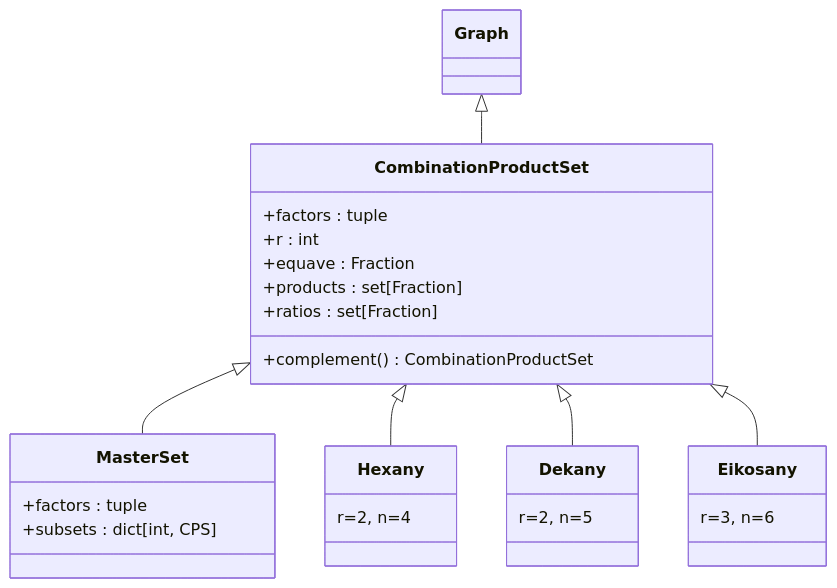
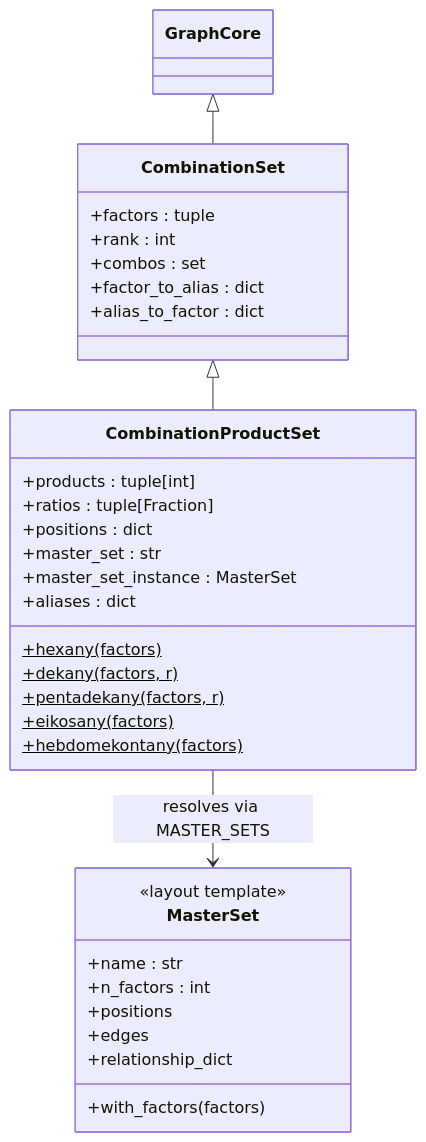
One commit to kr4g/Klotho changed the fourth of 5 diagrams in docs/architecture/03_TONOS.md. Above: the diagram before and after it, drawn with Mermaid. The commit also changed other lines of this file and 13 other files, not shown here.

First line of the commit message:
Overhaul architecture docs for Klotho 10.x API

````diff
--- a/docs/architecture/03_TONOS.md
+++ b/docs/architecture/03_TONOS.md
@@ -288,27 +326,39 @@
 ```mermaid
 classDiagram
-    Graph <|-- CombinationProductSet
-    CombinationProductSet <|-- MasterSet
+    GraphCore <|-- CombinationSet
+    CombinationSet <|-- CombinationProductSet
+
+    class CombinationSet {
+        +factors : tuple
+        +rank : int
+        +combos : set
+        +factor_to_alias : dict
+        +alias_to_factor : dict
+    }
 
     class CombinationProductSet {
-        +factors : tuple
-        +r : int
-        +equave : Fraction
-        +products : set[Fraction]
-        +ratios : set[Fraction]
-        +complement() CombinationProductSet
+        +products : tuple[int]
+        +ratios : tuple[Fraction]
+        +positions : dict
+        +master_set : str
+        +master_set_instance : MasterSet
+        +aliases : dict
+        +hexany(factors)$
+        +dekany(factors, r)$
+        +pentadekany(factors, r)$
+        +eikosany(factors)$
+        +hebdomekontany(factors)$
     }
 
     class MasterSet {
-        +factors : tuple
-        +subsets : dict[int, CPS]
+        <<layout template>>
+        +name : str
+        +n_factors : int
+        +positions
+        +edges
+        +relationship_dict
+        +with_factors(factors)
     }
 
-    class Hexany { r=2, n=4 }
-    class Dekany { r=2, n=5 }
-    class Eikosany { r=3, n=6 }
-
-    CombinationProductSet <|-- Hexany
-    CombinationProductSet <|-- Dekany
-    CombinationProductSet <|-- Eikosany
+    CombinationProductSet --> MasterSet : resolves via MASTER_SETS
 ```
````
